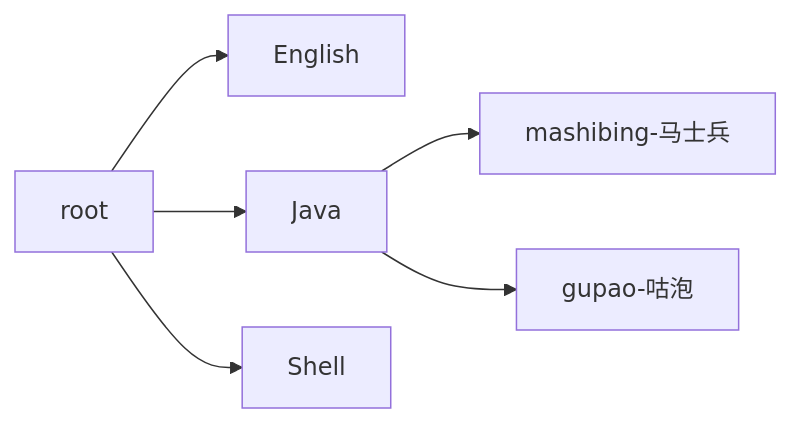
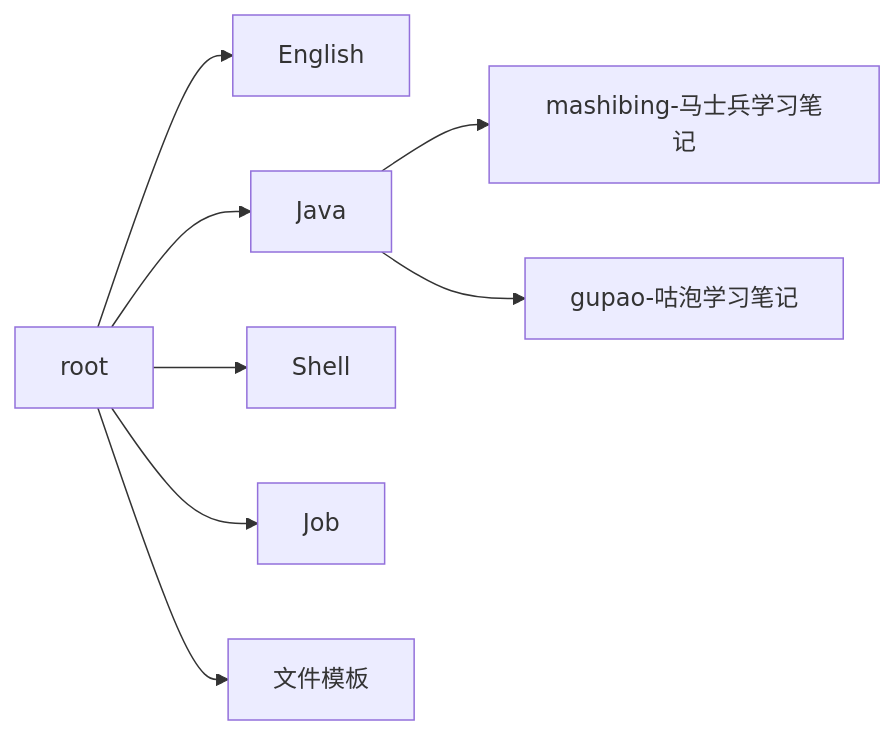
Before and after one commit to namelessmyth/beFreeCoder: the diagram in README.md, drawn with Mermaid. The commit also changed 4 other files, not shown here.

```diff
--- a/README.md
+++ b/README.md
@@ -36,9 +36,11 @@
 ~~~mermaid
 flowchart LR
 root-->English
 root-->Java
 root-->Shell
+root-->Job
+root-->Template[文件模板]
 
-Java-->mashibing[mashibing-马士兵]
-Java-->gupao[gupao-咕泡]
+Java-->mashibing[mashibing-马士兵学习笔记]
+Java-->gupao[gupao-咕泡学习笔记]
 ~~~
```
